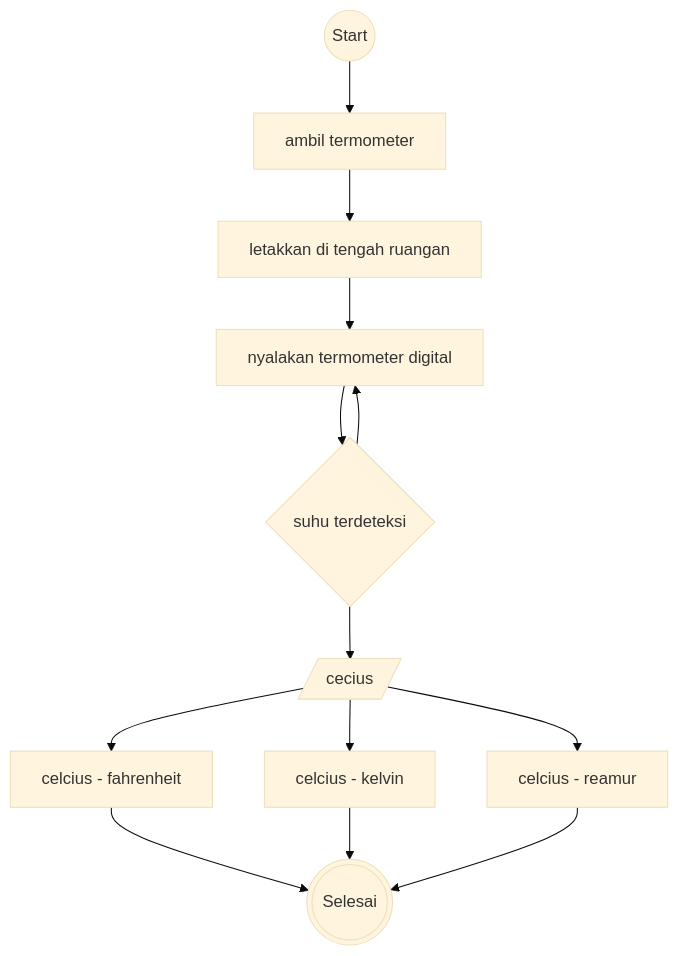
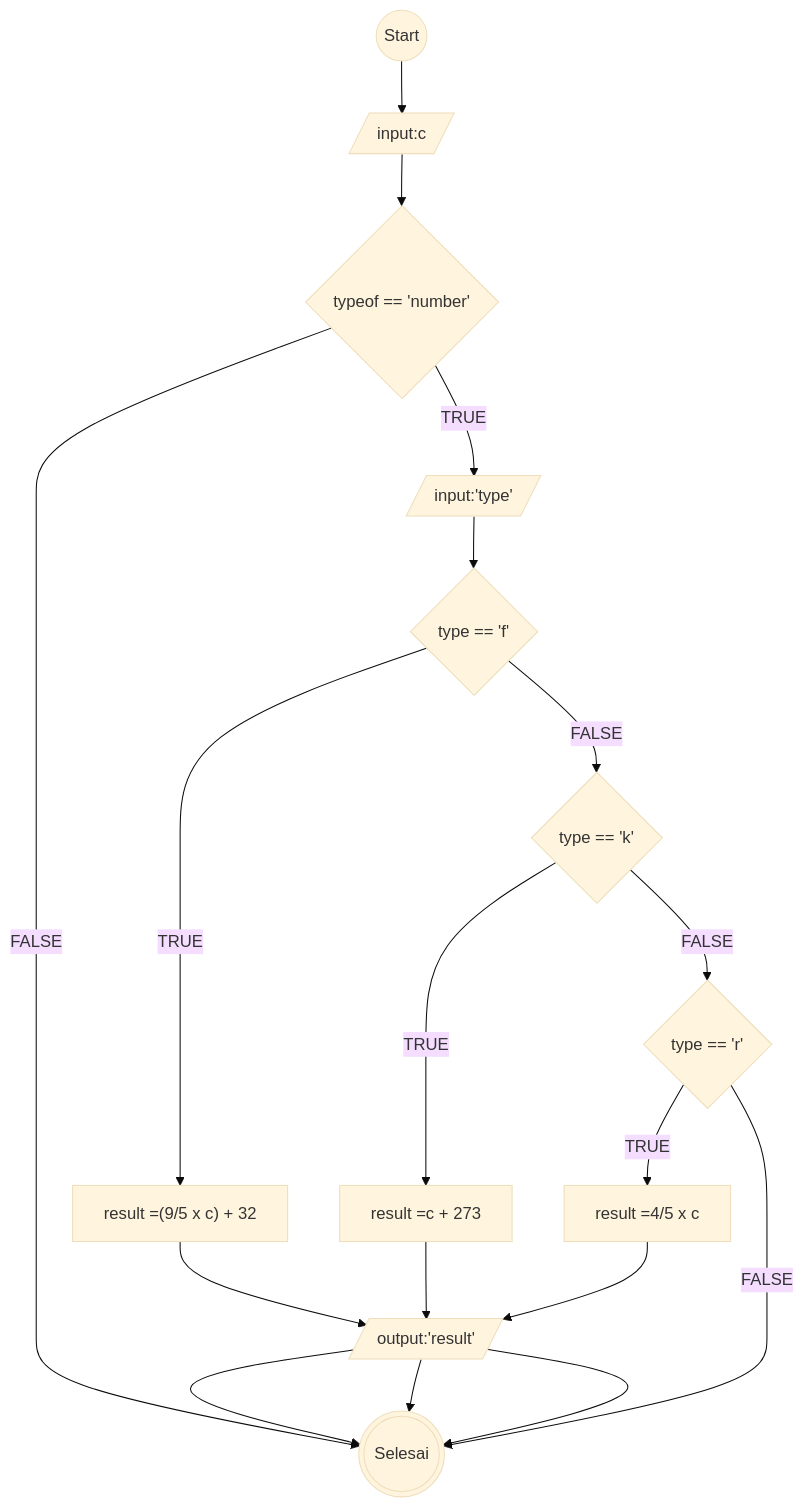
One commit to Dwaysetya/fgo24-Algoritma changed the diagram in confersisuhu.md. Above: the diagram before and after it, drawn with Mermaid (base theme). The commit also changed other lines of this file, not shown here.

````diff
--- a/confersisuhu.md
+++ b/confersisuhu.md
@@ -18,34 +19,45 @@
 ```mermaid
 flowchart TB
 
 a@{ shape: circle, label: "Start" }
-b@{ shape: rect, label: "ambil termometer" }
-c@{ shape: rect, label: "letakkan di tengah ruangan" }
-d@{ shape: rect, label: "nyalakan termometer digital" }
-e@{ shape: diamond, label: "suhu terdeteksi" }
-f@{ shape: lean-r, label: "cecius" }
-g@{ shape: rect, label: "celcius - fahrenheit" }
-h@{ shape: rect, label: "celcius - kelvin" }
-i@{ shape: rect, label: "celcius - reamur" }
-j@{ shape: dbl-circ, label: "Selesai" }
+b@{ shape: lean-r, label: "input:c" }
+c@{ shape: diamond, label: "typeof == 'number'" }
+d@{ shape: lean-r, label: "input:'type'" }
+e@{ shape: diamond, label: "type == 'f'"}
+f@{ shape: diamond, label: "type == 'k'"}
+g@{ shape: diamond, label: "type == 'r'"}
+h@{ shape: rect, label: "result =(9/5 x c) + 32 "}
+i@{ shape: rect, label: "result =c + 273" }
+j@{ shape: rect, label: "result =4/5 x c" }
+output@{ shape: lean-r, label: "output:'result'" }
+x@{ shape: dbl-circ, label: "Selesai" }
 
 a --> b
 b --> c
-c --> d
+c --FALSE--> x
+c --TRUE--> d
 d --> e
-e --> f
-f --> g
-f --> h
-f --> i
-g --> j
-h --> j
-i --> j
-e --> d
+e -- TRUE--> h
+e --FALSE--> f
+f --TRUE--> i
+f --FALSE--> g
+g --TRUE-->j
+g --FALSE--> x
+h --> output
+i --> output
+j --> output
+output --> x
+output --> x
+output --> x
+
+
+
+
 
 
 
 
 
 
 
 ```
````
